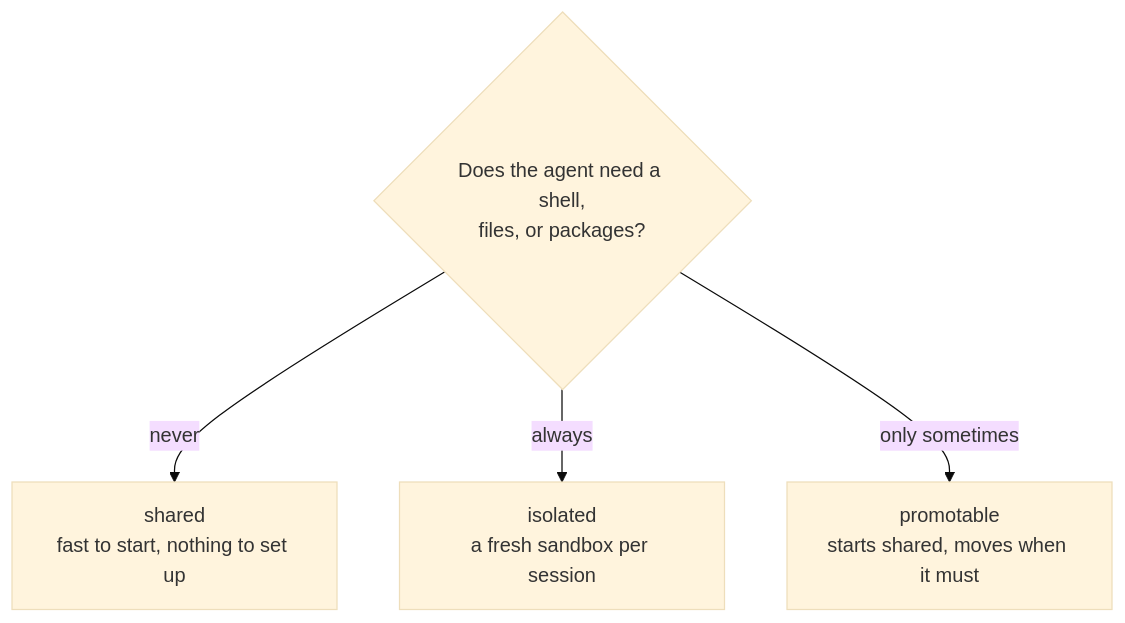
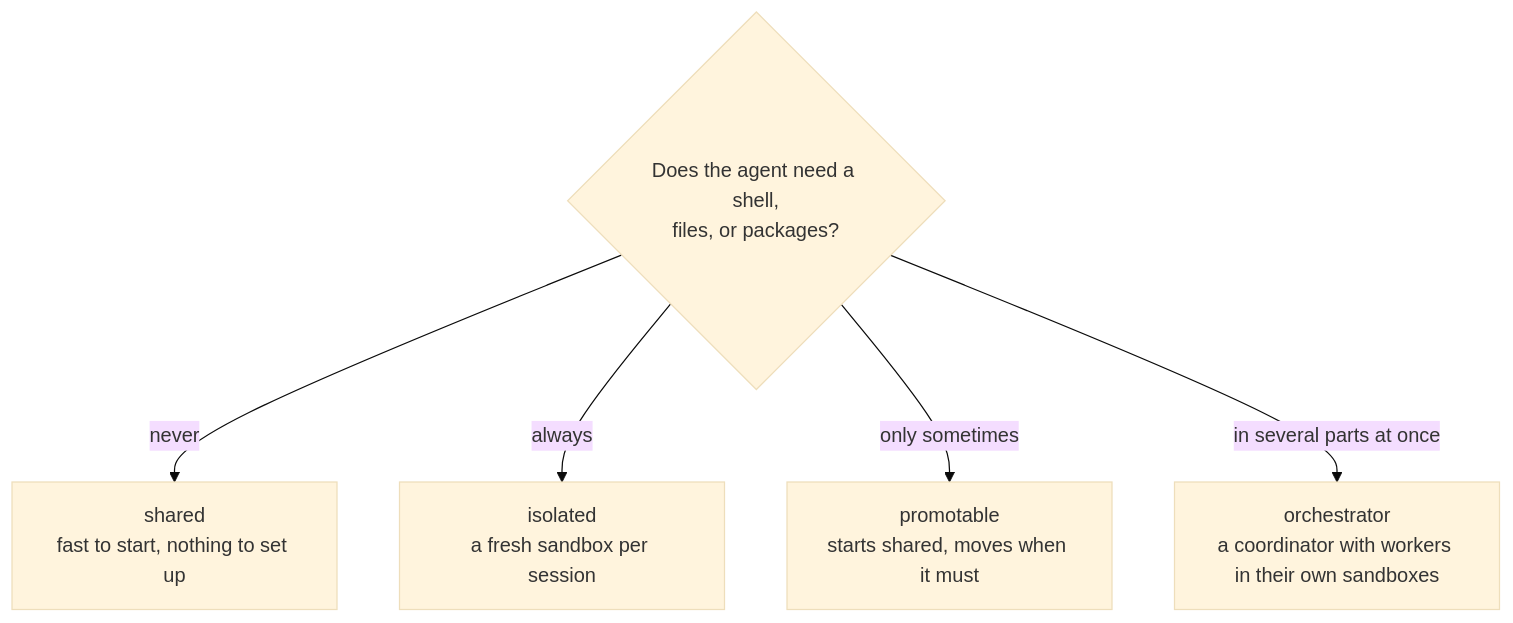
One commit to patniko/managed-copilot-sdk changed the second of 3 diagrams in docs/concepts/environments.md. Above: the diagram before and after it, drawn with Mermaid (base theme). The commit also changed other lines of this file and 8 other files, not shown here.

````diff
--- a/docs/concepts/environments.md
+++ b/docs/concepts/environments.md
@@ -32,7 +33,8 @@
 ```mermaid
 flowchart TD
   Q{"Does the agent need a shell,<br/>files, or packages?"}
   Q -- "never" --> S["shared<br/>fast to start, nothing to set up"]
   Q -- "always" --> I["isolated<br/>a fresh sandbox per session"]
   Q -- "only sometimes" --> P["promotable<br/>starts shared, moves when it must"]
+  Q -- "in several parts at once" --> O["orchestrator<br/>a coordinator with workers in their own sandboxes"]
 ```
````
